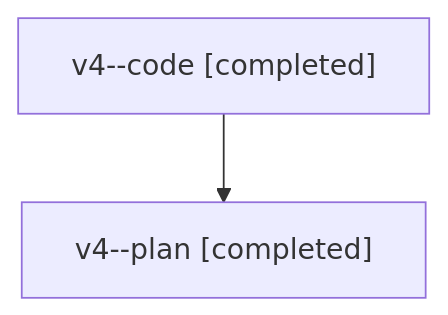
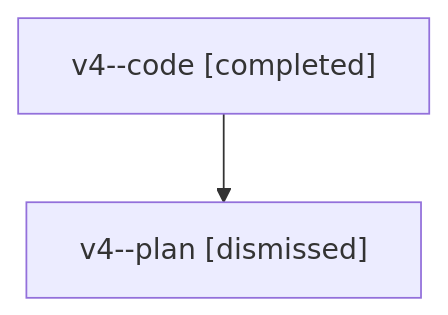
Before and after one commit to sase-org/sase--agents: the diagram in families/bbugyi200.athena.v4.md, drawn with Mermaid. The commit also changed other lines of this file and 1506 other files, not shown here.

````diff
--- a/families/bbugyi200.athena.v4.md
+++ b/families/bbugyi200.athena.v4.md
@@ -9,6 +9,6 @@
 ```mermaid
 flowchart TD
   n0["v4--code [completed]"]
-  n1["v4--plan [completed]"]
+  n1["v4--plan [dismissed]"]
   n0 --> n1
 ```
````
